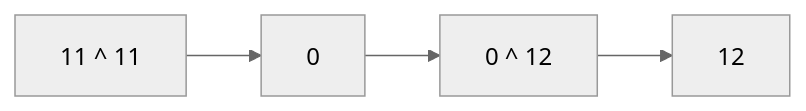
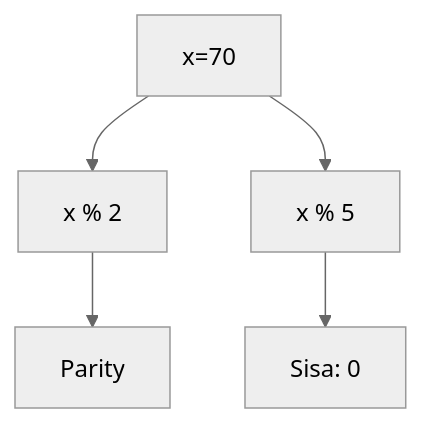
One commit to amnahwaida/OSNK_INF_PREP changed the sixth of 25 diagrams in part-c-pemahaman-cpp/06-bitwise/latihan/set-03.md. Above: the diagram before and after it, drawn with Mermaid (neutral theme). The commit also changed other lines of this file and 71 other files, not shown here.

````diff
--- a/part-c-pemahaman-cpp/06-bitwise/latihan/set-03.md
+++ b/part-c-pemahaman-cpp/06-bitwise/latihan/set-03.md
@@ -252,6 +174,7 @@
 ```mermaid
-graph LR
-    A["11 ^ 11"] --> B[0]
-    B --> C["0 ^ 12"]
-    C --> D["12"]
+graph TD
+A[x=70] --> B[x % 2]
+B --> C[Parity]
+A --> D[x % 5]
+D --> E[Sisa: 0]
 ```
````
